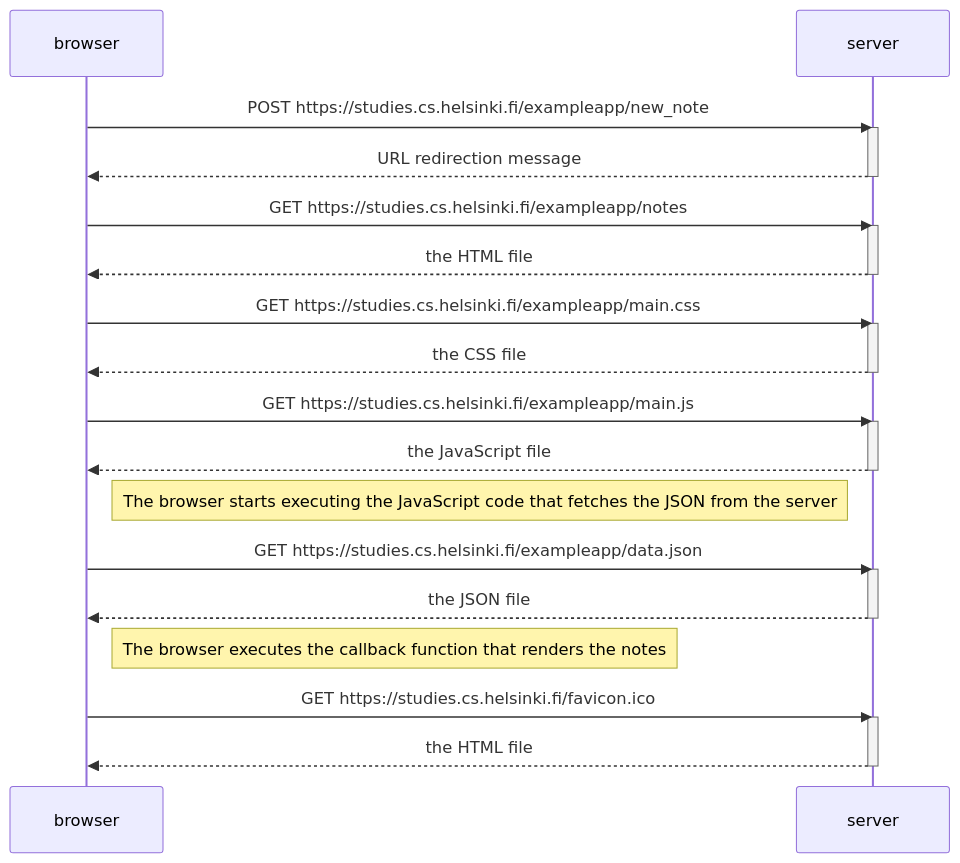
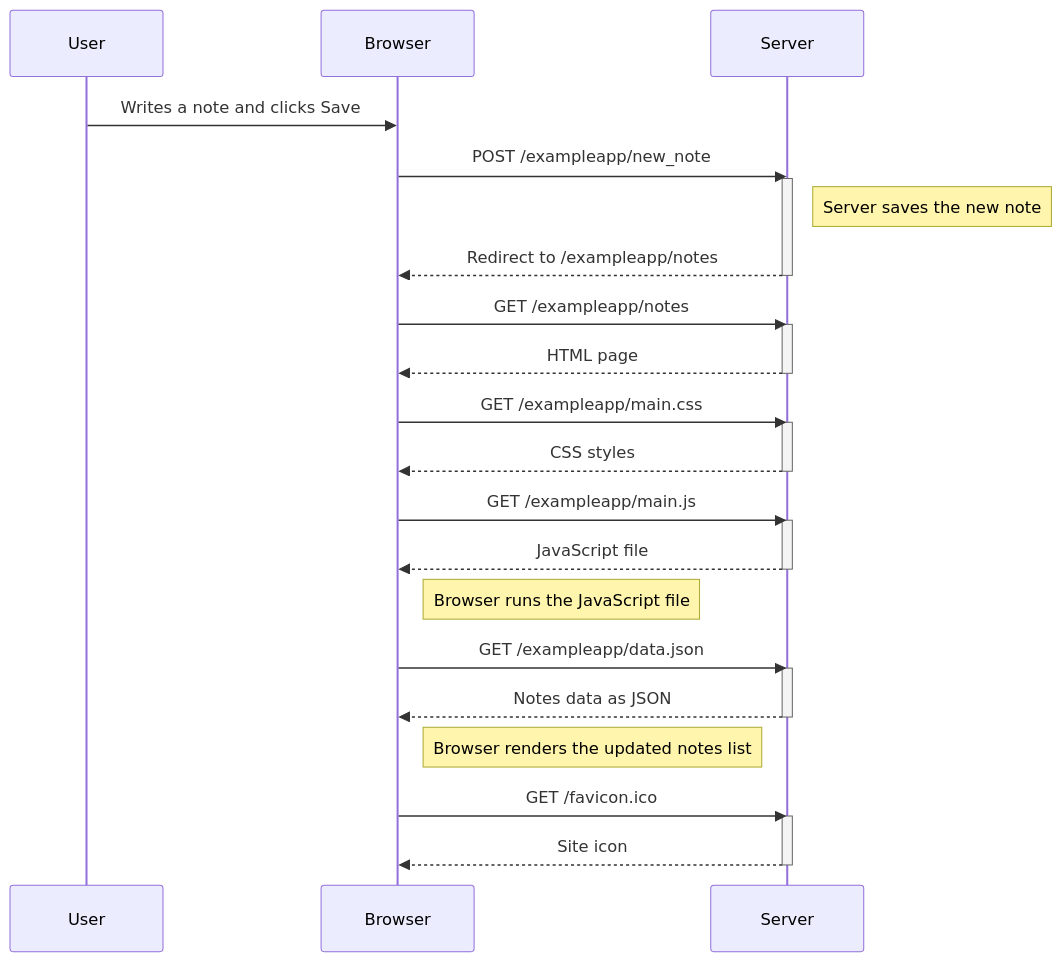
One commit to kevin1-john1/FullStackOpen changed the diagram in Part-00/P4 - New_Note_Diagram.md. Above: the diagram before and after it, drawn with Mermaid. The commit also changed 2 other files, not shown here.

Commit message:
Update Part-0 Exercise Diagram Solutions

````diff
--- a/Part-00/P4 - New_Note_Diagram.md
+++ b/Part-00/P4 - New_Note_Diagram.md
@@ -1,39 +1,43 @@
 ```mermaid
 sequenceDiagram
-participant browser
-participant server
+    participant User
+    participant Browser
+    participant Server
 
-    browser->>server: POST https://studies.cs.helsinki.fi/exampleapp/new_note
-    activate server
-    server-->>browser: URL redirection message
-    deactivate server
+    User->>Browser: Writes a note and clicks Save
 
-    browser->>server: GET https://studies.cs.helsinki.fi/exampleapp/notes
-    activate server
-    server-->>browser: the HTML file
-    deactivate server
+    Browser->>Server: POST /exampleapp/new_note
+    activate Server
+    Note right of Server: Server saves the new note
+    Server-->>Browser: Redirect to /exampleapp/notes
+    deactivate Server
 
-    browser->>server: GET https://studies.cs.helsinki.fi/exampleapp/main.css
-    activate server
-    server-->>browser: the CSS file
-    deactivate server
+    Browser->>Server: GET /exampleapp/notes
+    activate Server
+    Server-->>Browser: HTML page
+    deactivate Server
 
-    browser->>server: GET https://studies.cs.helsinki.fi/exampleapp/main.js
-    activate server
-    server-->>browser: the JavaScript file
-    deactivate server
+    Browser->>Server: GET /exampleapp/main.css
+    activate Server
+    Server-->>Browser: CSS styles
+    deactivate Server
 
-    Note right of browser: The browser starts executing the JavaScript code that fetches the JSON from the server
+    Browser->>Server: GET /exampleapp/main.js
+    activate Server
+    Server-->>Browser: JavaScript file
+    deactivate Server
 
-    browser->>server: GET https://studies.cs.helsinki.fi/exampleapp/data.json
-    activate server
-    server-->>browser: the JSON file
-    deactivate server
+    Note right of Browser: Browser runs the JavaScript file
 
-    Note right of browser: The browser executes the callback function that renders the notes
+    Browser->>Server: GET /exampleapp/data.json
+    activate Server
+    Server-->>Browser: Notes data as JSON
+    deactivate Server
 
-    browser->>server: GET https://studies.cs.helsinki.fi/favicon.ico
-    activate server
-    server-->>browser: the HTML file
-    deactivate server
+    Note right of Browser: Browser renders the updated notes list
+
+    Browser->>Server: GET /favicon.ico
+    activate Server
+    Server-->>Browser: Site icon
+    deactivate Server
 ```
````
